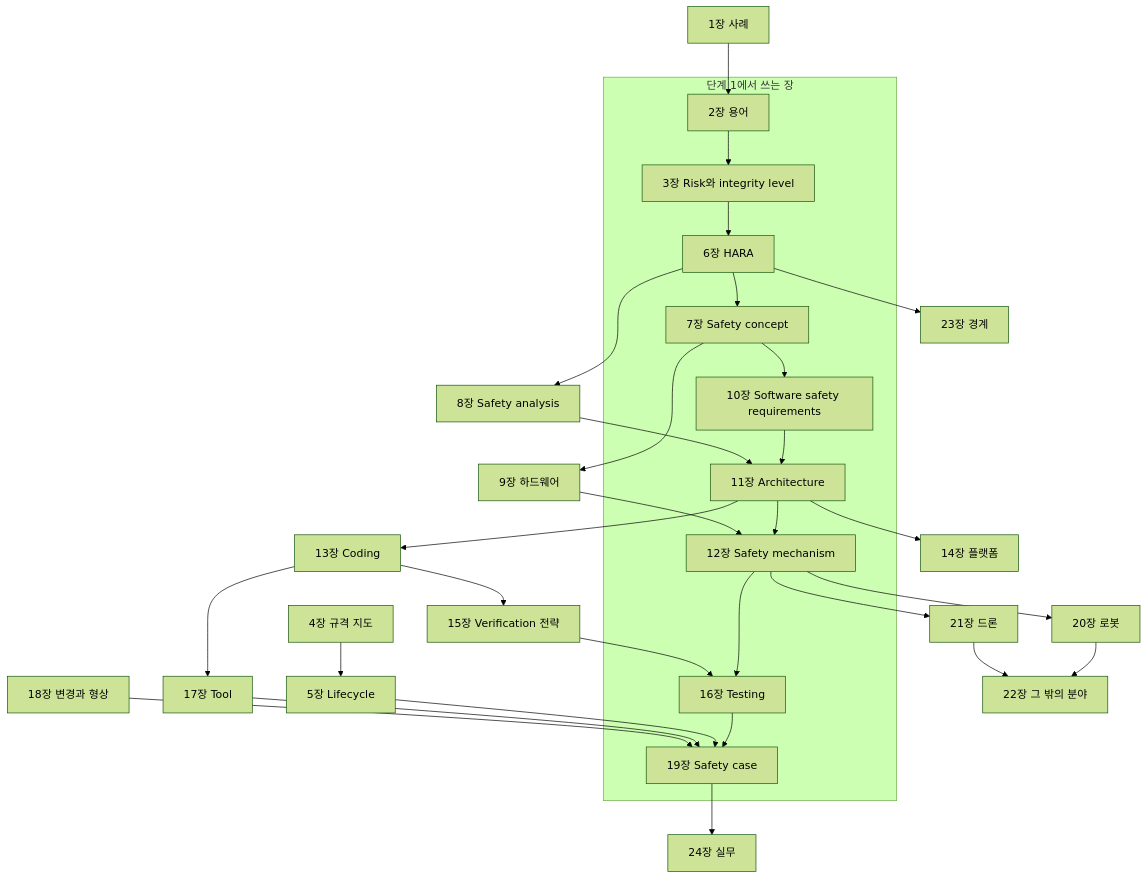
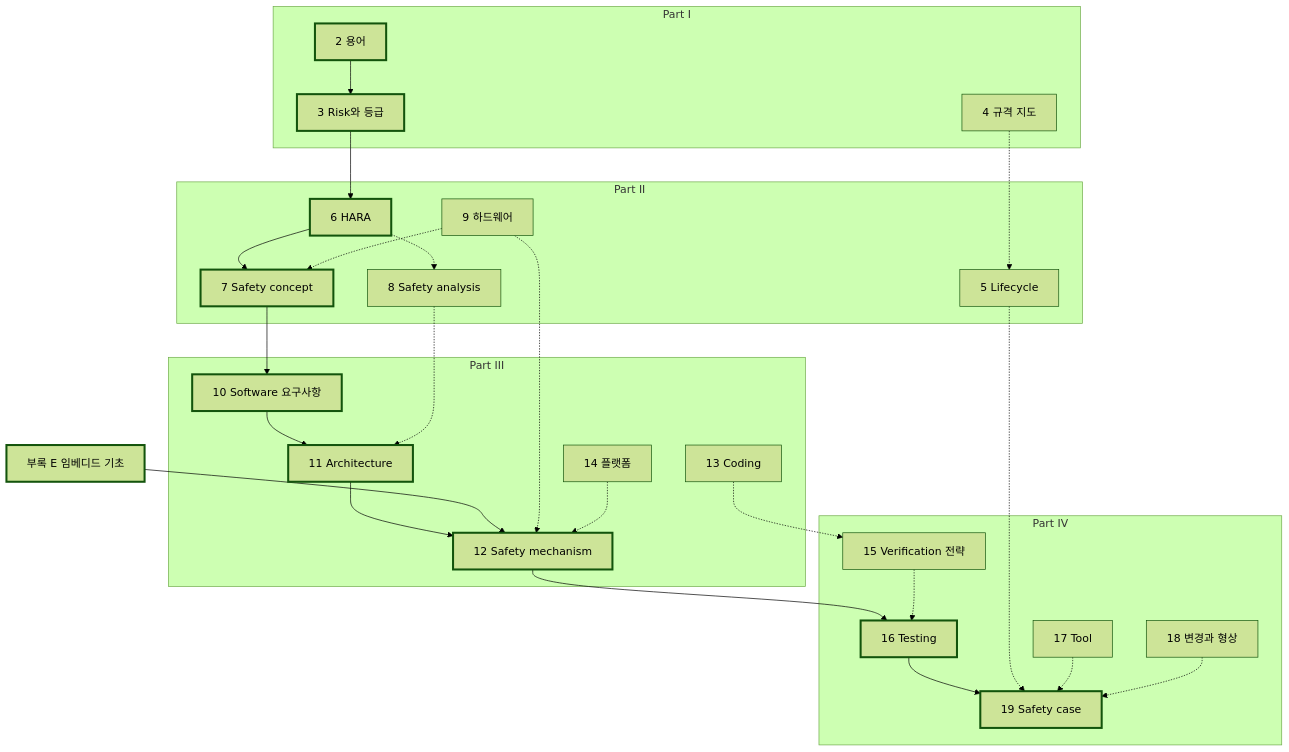
One commit to danielhongwoo/fusa changed the third of 4 diagrams in PLAN.md. Above: the diagram before and after it, drawn with Mermaid (forest theme). The commit also changed other lines of this file and 1 other file, not shown here.

````diff
--- a/PLAN.md
+++ b/PLAN.md
@@ -142,33 +183,45 @@
 ```mermaid
 flowchart TD
-    subgraph core["단계 1에서 쓰는 장"]
-        C2["2장 용어"] --> C3["3장 Risk와 integrity level"]
-        C3 --> C6["6장 HARA"]
-        C6 --> C7["7장 Safety concept"]
-        C7 --> C10["10장 Software safety requirements"]
-        C10 --> C11["11장 Architecture"]
-        C11 --> C12["12장 Safety mechanism"]
-        C12 --> C16["16장 Testing"]
-        C16 --> C19["19장 Safety case"]
+    subgraph P1["Part I"]
+        C2["2 용어"] --> C3["3 Risk와 등급"]
+        C4["4 규격 지도"]
     end
-    C1["1장 사례"] --> C2
-    C4["4장 규격 지도"] --> C5["5장 Lifecycle"]
-    C5 --> C19
-    C6 --> C8["8장 Safety analysis"]
-    C8 --> C11
-    C7 --> C9["9장 하드웨어"]
-    C9 --> C12
-    C11 --> C13["13장 Coding"]
-    C11 --> C14["14장 플랫폼"]
-    C13 --> C15["15장 Verification 전략"]
-    C15 --> C16
-    C13 --> C17["17장 Tool"]
-    C17 --> C19
-    C18["18장 변경과 형상"] --> C19
-    C12 --> C20["20장 로봇"]
-    C12 --> C21["21장 드론"]
-    C20 --> C22["22장 그 밖의 분야"]
-    C21 --> C22
-    C6 --> C23["23장 경계"]
-    C19 --> C24["24장 실무"]
+    subgraph P2["Part II"]
+        C5["5 Lifecycle"]
+        C6["6 HARA"] --> C7["7 Safety concept"]
+        C8["8 Safety analysis"]
+        C9["9 하드웨어"]
+    end
+    subgraph P3["Part III"]
+        C10["10 Software 요구사항"] --> C11["11 Architecture"]
+        C11 --> C12["12 Safety mechanism"]
+        C13["13 Coding"]
+        C14["14 플랫폼"]
+    end
+    subgraph P4["Part IV"]
+        C15["15 Verification 전략"]
+        C16["16 Testing"]
+        C17["17 Tool"]
+        C18["18 변경과 형상"]
+        C19["19 Safety case"]
+    end
+    AE["부록 E 임베디드 기초"]
+    C3 --> C6
+    C7 --> C10
+    C12 --> C16
+    C16 --> C19
+    AE --> C12
+    C4 -.-> C5
+    C5 -.-> C19
+    C6 -.-> C8
+    C8 -.-> C11
+    C9 -.-> C7
+    C9 -.-> C12
+    C14 -.-> C12
+    C13 -.-> C15
+    C15 -.-> C16
+    C17 -.-> C19
+    C18 -.-> C19
+    classDef phase1 stroke-width:3px
+    class C2,C3,C6,C7,C10,C11,C12,C16,C19,AE phase1
 ```
````
